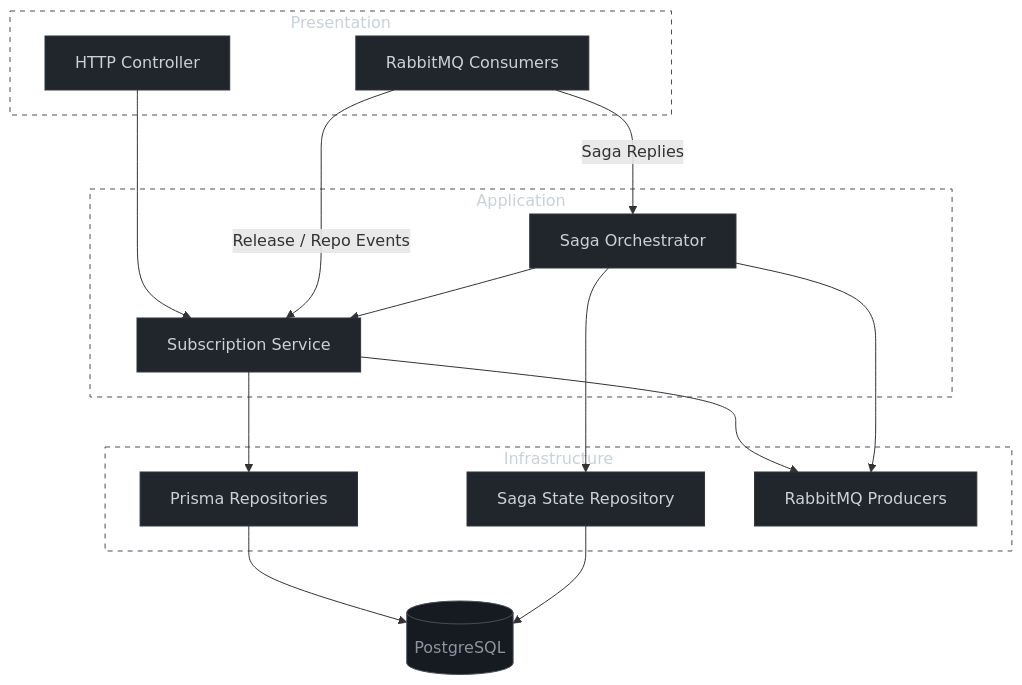
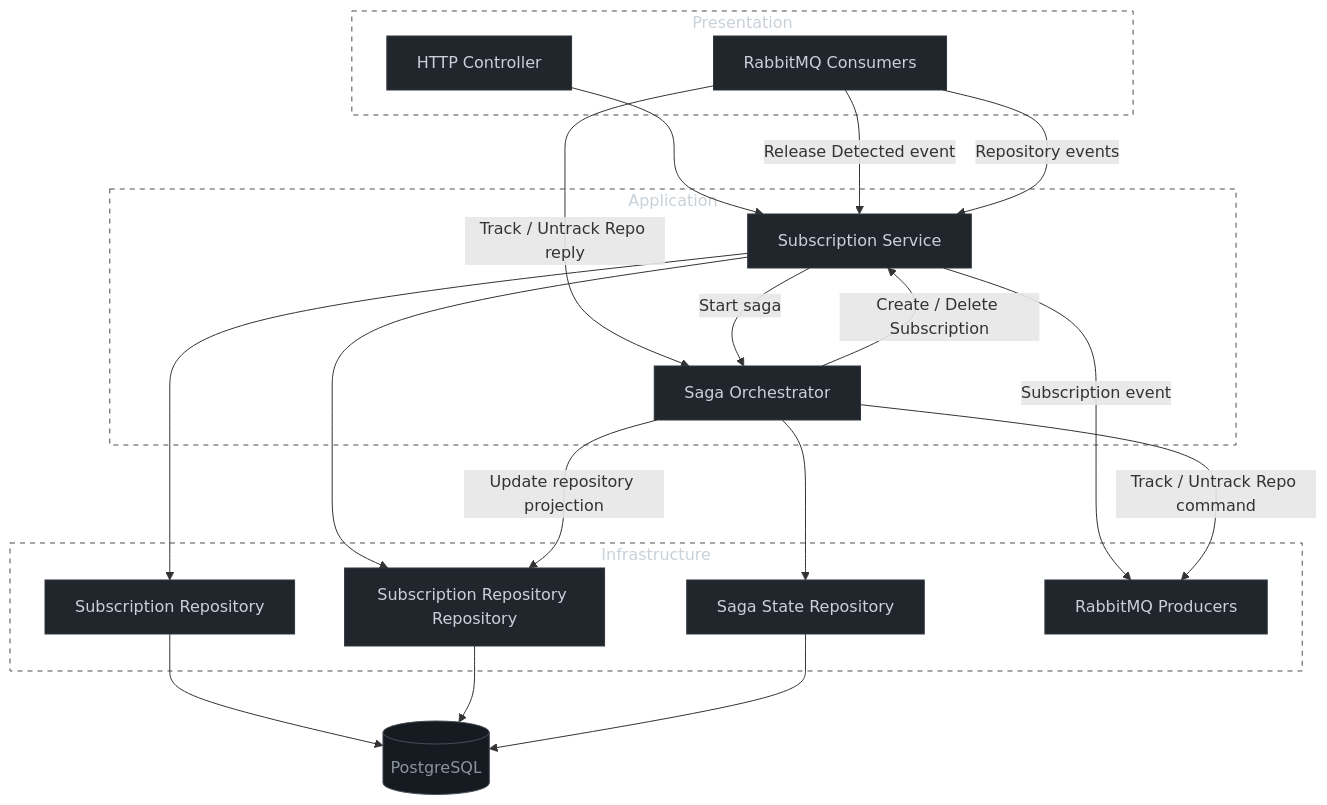
One commit to GenesisEducationKyiv/software-engineering-school-6-0-bdendro changed the second of 5 diagrams in docs/architecture.md. Above: the diagram before and after it, drawn with Mermaid. The commit also changed other lines of this file, not shown here.

Commit message:
docs: detail diagrams in architecture.md

````diff
--- a/docs/architecture.md
+++ b/docs/architecture.md
@@ -56,43 +56,50 @@
 ```mermaid
 graph TD
     subgraph Presentation["Presentation"]
         Controller[HTTP Controller]
         Consumers[RabbitMQ Consumers]
     end
 
     subgraph Application["Application"]
         SubService[Subscription Service]
         Saga[Saga Orchestrator]
     end
 
     subgraph Infrastructure["Infrastructure"]
-        PrismaRepo[Prisma Repositories]
+        SubRepo[Subscription Repository]
+        SubscriptionRepositoryRepo[Subscription Repository Repository]
         SagaRepo[Saga State Repository]
         Producers[RabbitMQ Producers]
     end
 
     DB[(PostgreSQL)]
 
     Controller --> SubService
-    Consumers -->|Release / Repo Events| SubService
-    Consumers -->|Saga Replies| Saga
+    Consumers -->|Release Detected event| SubService
+    Consumers -->|Repository events| SubService
+    Consumers -->|Track / Untrack Repo reply| Saga
 
-    SubService --> PrismaRepo
-    SubService --> Producers
+    SubService --> SubRepo
+    SubService -->|Start saga| Saga
+    SubService --> SubscriptionRepositoryRepo
+    SubService -->|Subscription event| Producers
+
     Saga --> SagaRepo
-    Saga --> SubService
-    Saga --> Producers
+    Saga -->|Update repository projection| SubscriptionRepositoryRepo
+    Saga -->|Create / Delete Subscription| SubService
+    Saga -->|Track / Untrack Repo command| Producers
 
-    PrismaRepo --> DB
+    SubRepo --> DB
+    SubscriptionRepositoryRepo --> DB
     SagaRepo --> DB
 
     classDef component fill:#21262d,stroke:#30363d,stroke-width:1px,color:#c9d1d9;
     classDef database fill:#161b22,stroke:#484f58,stroke-width:1px,color:#8b949e;
 
-    class Controller,Consumers,SubService,Saga,PrismaRepo,SagaRepo,Producers component;
+    class Controller,Consumers,SubService,Saga,SubRepo,SubscriptionRepositoryRepo,SagaRepo,Producers component;
     class DB database;
 
     style Presentation fill:transparent,stroke:#484f58,stroke-width:1px,color:#c9d1d9,stroke-dasharray: 5 5
     style Application fill:transparent,stroke:#484f58,stroke-width:1px,color:#c9d1d9,stroke-dasharray: 5 5
     style Infrastructure fill:transparent,stroke:#484f58,stroke-width:1px,color:#c9d1d9,stroke-dasharray: 5 5
 ```
````
